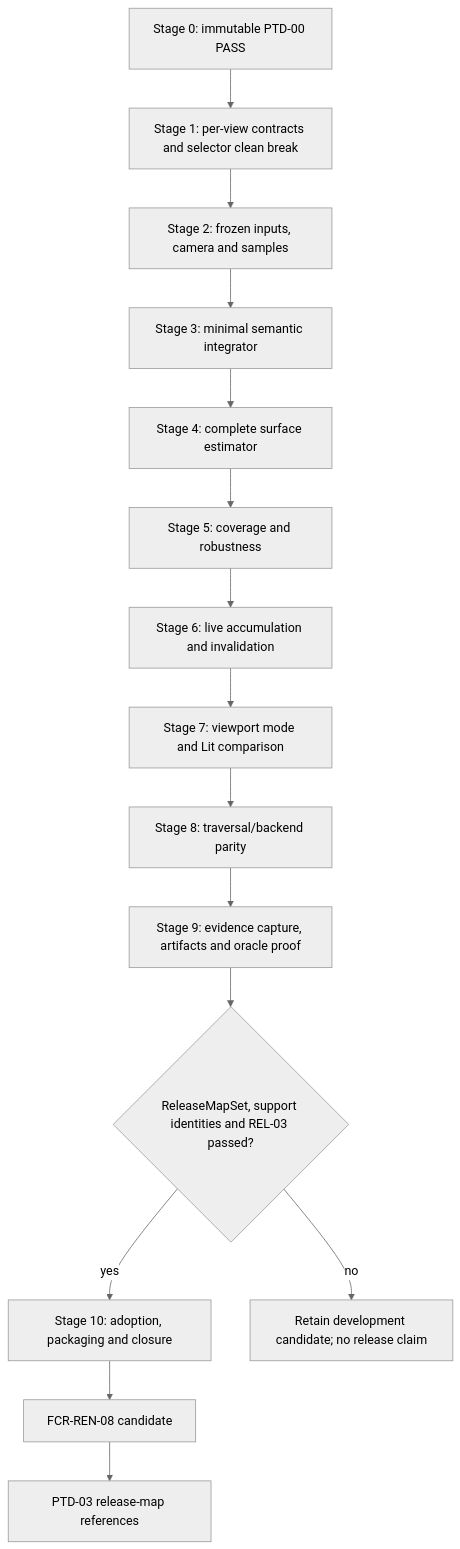
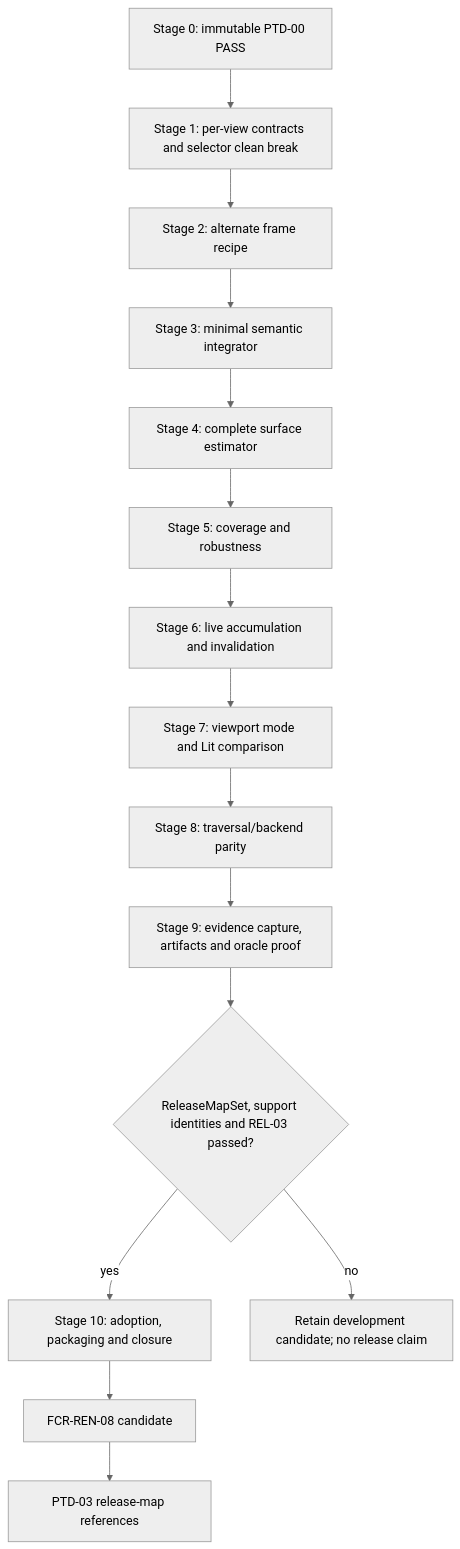
The diagram in Docs/Architecture/Modules/Engine/Renderer/Features/Lighting/ReferencePathTracer/Plan.md (stoleckipawel/SparkleEngine), drawn with Mermaid (neutral theme) before and after one commit. The commit also changed other lines of this file and 12 other files, not shown here.

````diff
--- a/Docs/Architecture/Modules/Engine/Renderer/Features/Lighting/ReferencePathTracer/Plan.md
+++ b/Docs/Architecture/Modules/Engine/Renderer/Features/Lighting/ReferencePathTracer/Plan.md
@@ -53,17 +55,17 @@
 ```mermaid
 flowchart TD
     D0[Stage 0: immutable PTD-00 PASS] --> C1[Stage 1: per-view contracts and selector clean break]
-    C1 --> I2[Stage 2: frozen inputs, camera and samples]
+    C1 --> I2[Stage 2: alternate frame recipe]
     I2 --> I3[Stage 3: minimal semantic integrator]
     I3 --> I4[Stage 4: complete surface estimator]
     I4 --> I5[Stage 5: coverage and robustness]
     I5 --> I6[Stage 6: live accumulation and invalidation]
     I6 --> I7[Stage 7: viewport mode and Lit comparison]
     I7 --> I8[Stage 8: traversal/backend parity]
     I8 --> I9[Stage 9: evidence capture, artifacts and oracle proof]
     I9 --> R3{ReleaseMapSet, support identities and REL-03 passed?}
     R3 -->|yes| I10[Stage 10: adoption, packaging and closure]
     R3 -->|no| Hold[Retain development candidate; no release claim]
     I10 --> FCR[FCR-REN-08 candidate]
     FCR --> PTD3[PTD-03 release-map references]
 ```
````
